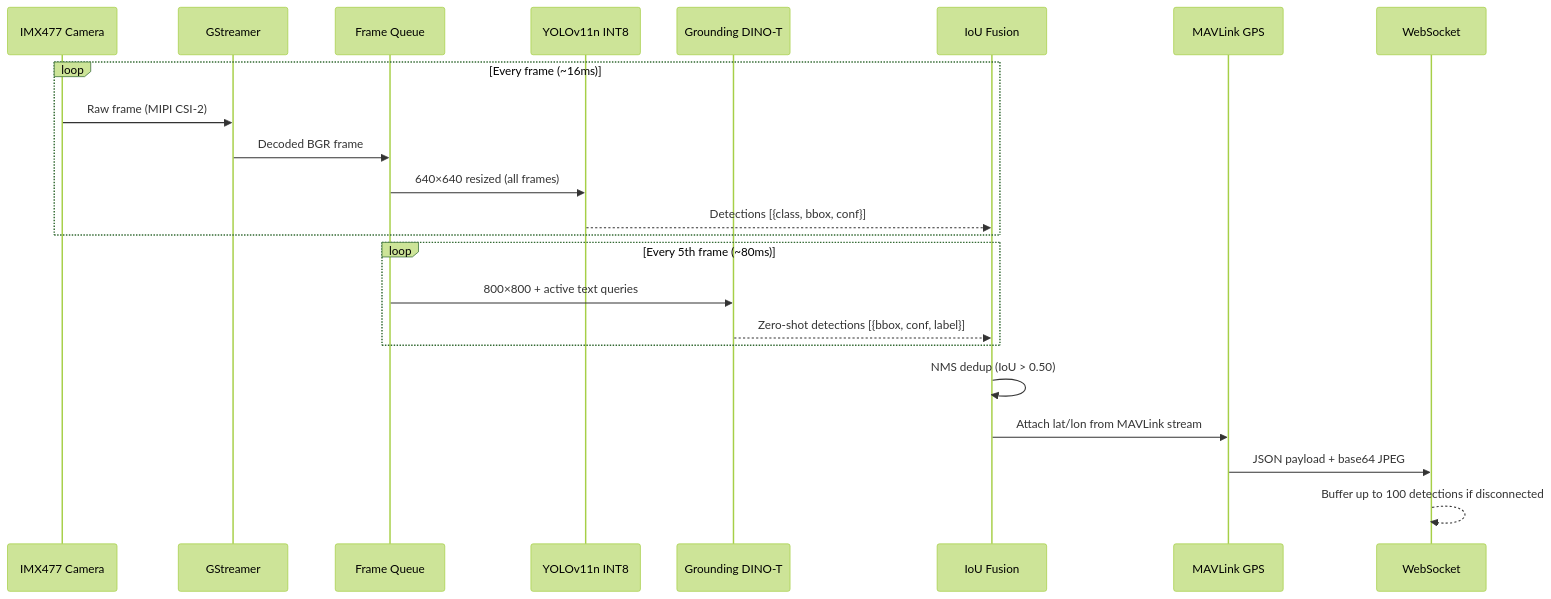
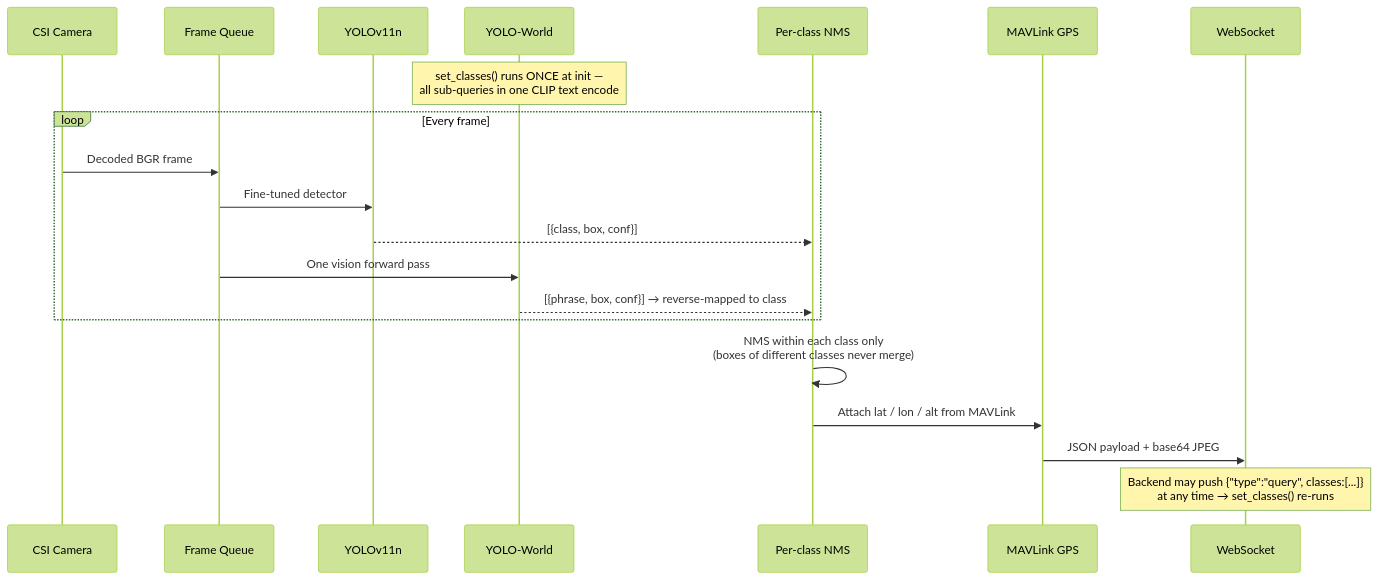
One commit to Arvoxis/hawk-i changed the second of 3 diagrams in README.md. Above: the diagram before and after it, drawn with Mermaid (forest theme). The commit also changed other lines of this file and 2 other files, not shown here.

````diff
--- a/README.md
+++ b/README.md
@@ -116,28 +127,26 @@
 ```mermaid
 sequenceDiagram
-    participant CAM as IMX477 Camera
-    participant GS as GStreamer
+    participant CAM as CSI Camera
     participant Q as Frame Queue
-    participant Y as YOLOv11n INT8
-    participant G as Grounding DINO-T
-    participant F as IoU Fusion
+    participant Y as YOLOv11n
+    participant W as YOLO-World
+    participant F as Per-class NMS
     participant GPS as MAVLink GPS
     participant WS as WebSocket
 
-    loop Every frame (~16ms)
-        CAM->>GS: Raw frame (MIPI CSI-2)
-        GS->>Q: Decoded BGR frame
-        Q->>Y: 640×640 resized (all frames)
-        Y-->>F: Detections [{class, bbox, conf}]
+    Note over W: set_classes() runs ONCE at init —<br/>all sub-queries in one CLIP text encode
+
+    loop Every frame
+        CAM->>Q: Decoded BGR frame
+        Q->>Y: Fine-tuned detector
+        Y-->>F: [{class, box, conf}]
+        Q->>W: One vision forward pass
+        W-->>F: [{phrase, box, conf}] → reverse-mapped to class
     end
 
-    loop Every 5th frame (~80ms)
-        Q->>G: 800×800 + active text queries
-        G-->>F: Zero-shot detections [{bbox, conf, label}]
-    end
+    F->>F: NMS within each class only<br/>(boxes of different classes never merge)
+    F->>GPS: Attach lat / lon / alt from MAVLink
+    GPS->>WS: JSON payload + base64 JPEG
 
-    F->>F: NMS dedup (IoU > 0.50)
-    F->>GPS: Attach lat/lon from MAVLink stream
-    GPS->>WS: JSON payload + base64 JPEG
-    WS-->>WS: Buffer up to 100 detections if disconnected
+    Note over WS: Backend may push {"type":"query", classes:[...]}<br/>at any time → set_classes() re-runs
 ```
````
